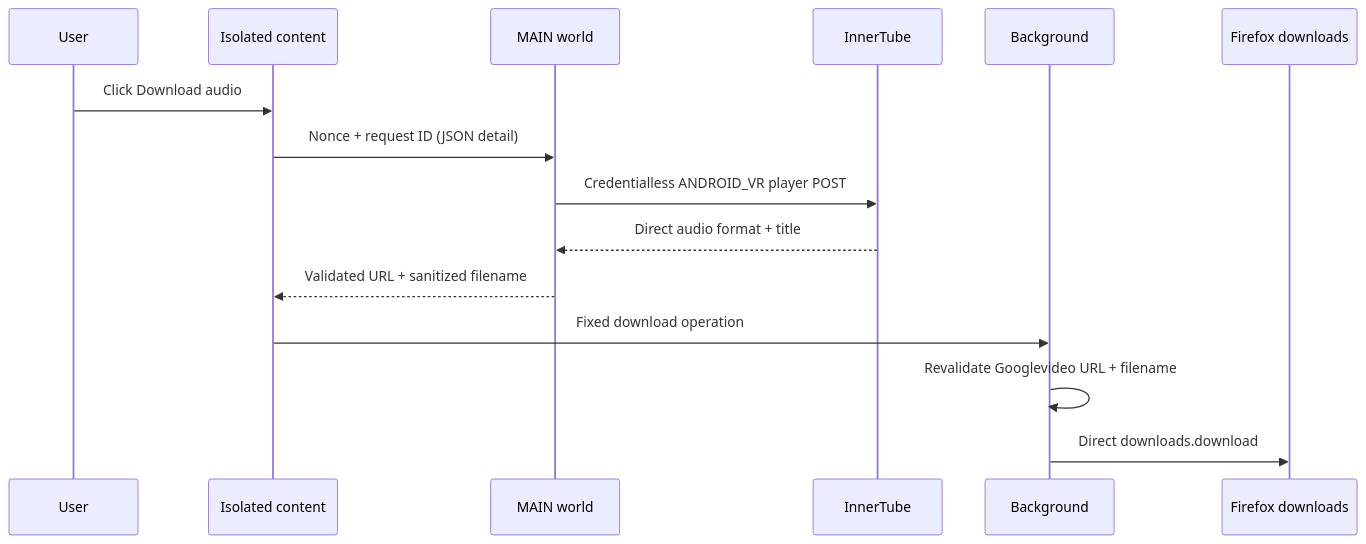
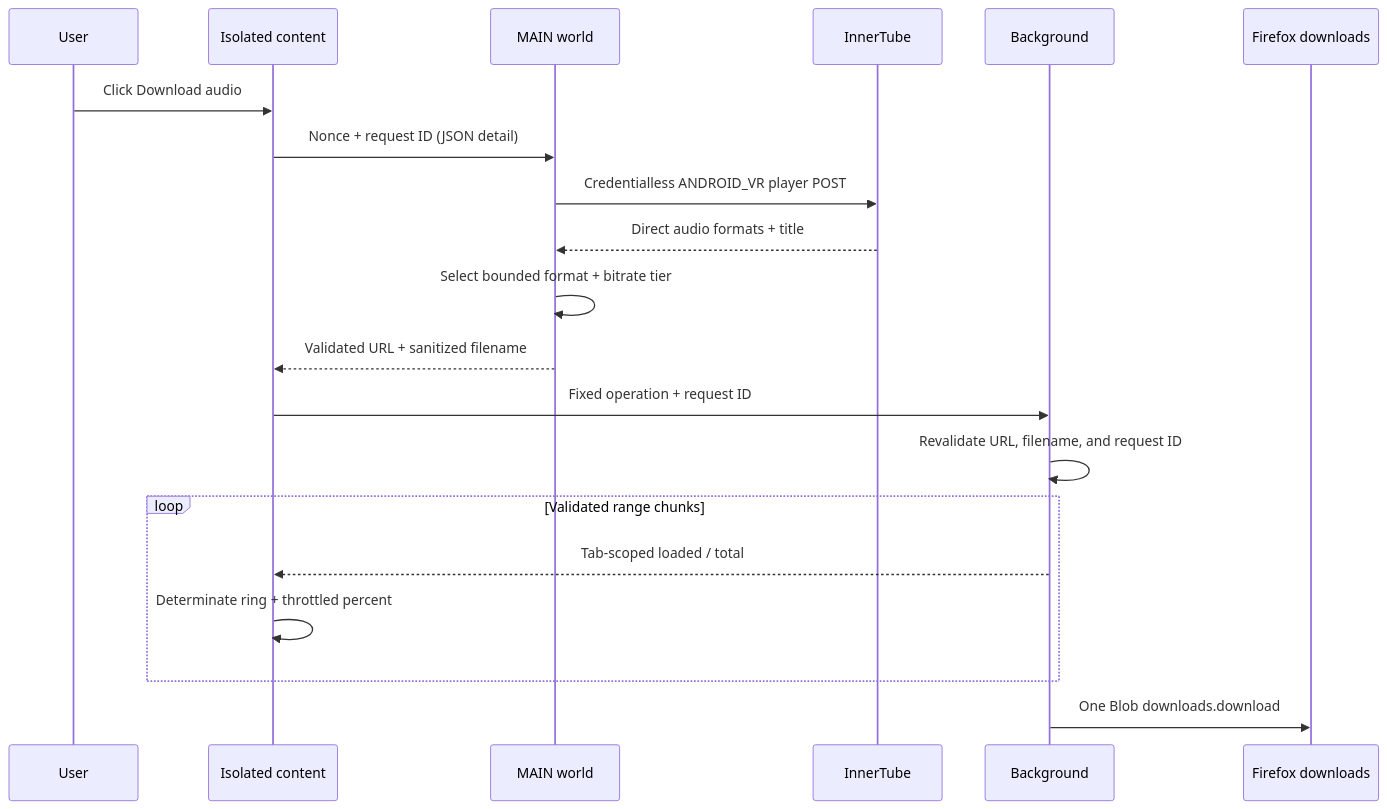
The ninth of 10 diagrams in docs/architecture/README.md (animeshkundu/youtube-audio), drawn with Mermaid before and after one commit. The commit also changed other lines of this file and 25 other files, not shown here.

````diff
--- a/docs/architecture/README.md
+++ b/docs/architecture/README.md
@@ -230,18 +235,23 @@
 ```mermaid
 sequenceDiagram
     participant User
     participant Content as Isolated content
     participant Main as MAIN world
     participant API as InnerTube
     participant Background as Background
     participant Downloads as Firefox downloads
 
     User->>Content: Click Download audio
     Content->>Main: Nonce + request ID (JSON detail)
     Main->>API: Credentialless ANDROID_VR player POST
-    API-->>Main: Direct audio format + title
+    API-->>Main: Direct audio formats + title
+    Main->>Main: Select bounded format + bitrate tier
     Main-->>Content: Validated URL + sanitized filename
-    Content->>Background: Fixed download operation
-    Background->>Background: Revalidate Googlevideo URL + filename
-    Background->>Downloads: Direct downloads.download
+    Content->>Background: Fixed operation + request ID
+    Background->>Background: Revalidate URL, filename, and request ID
+    loop Validated range chunks
+        Background-->>Content: Tab-scoped loaded / total
+        Content->>Content: Determinate ring + throttled percent
+    end
+    Background->>Downloads: One Blob downloads.download
 ```
````
